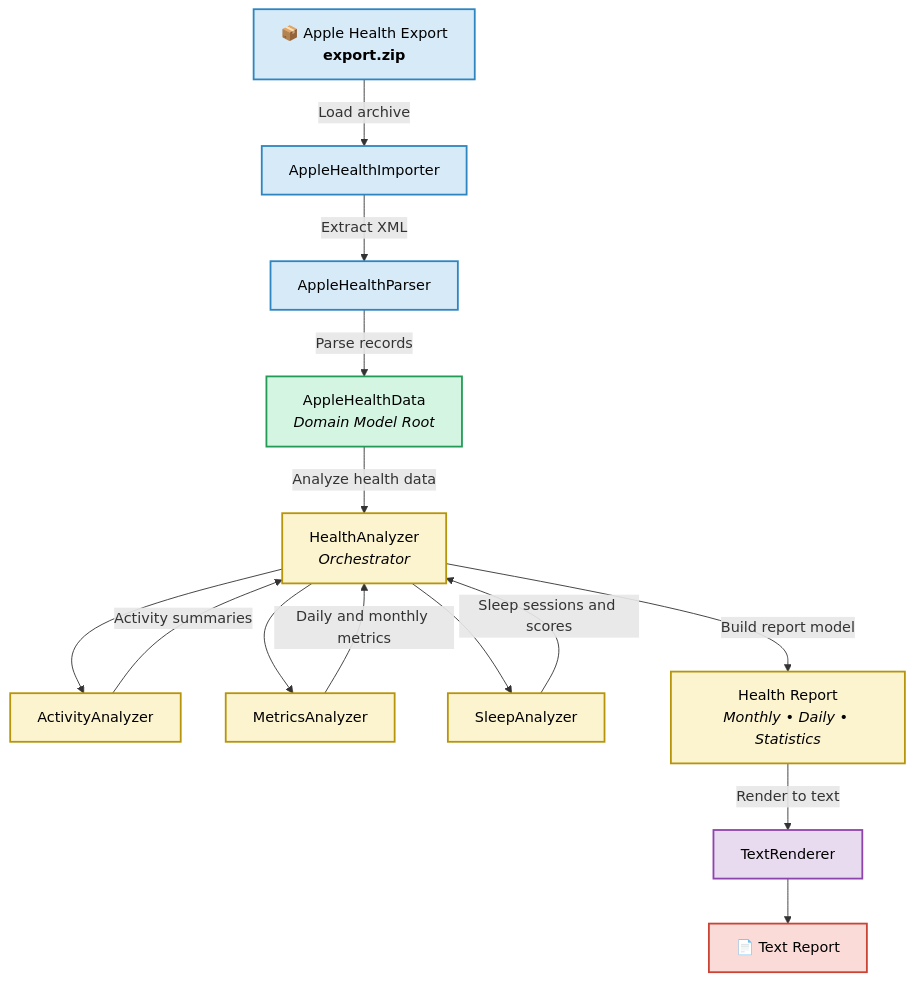
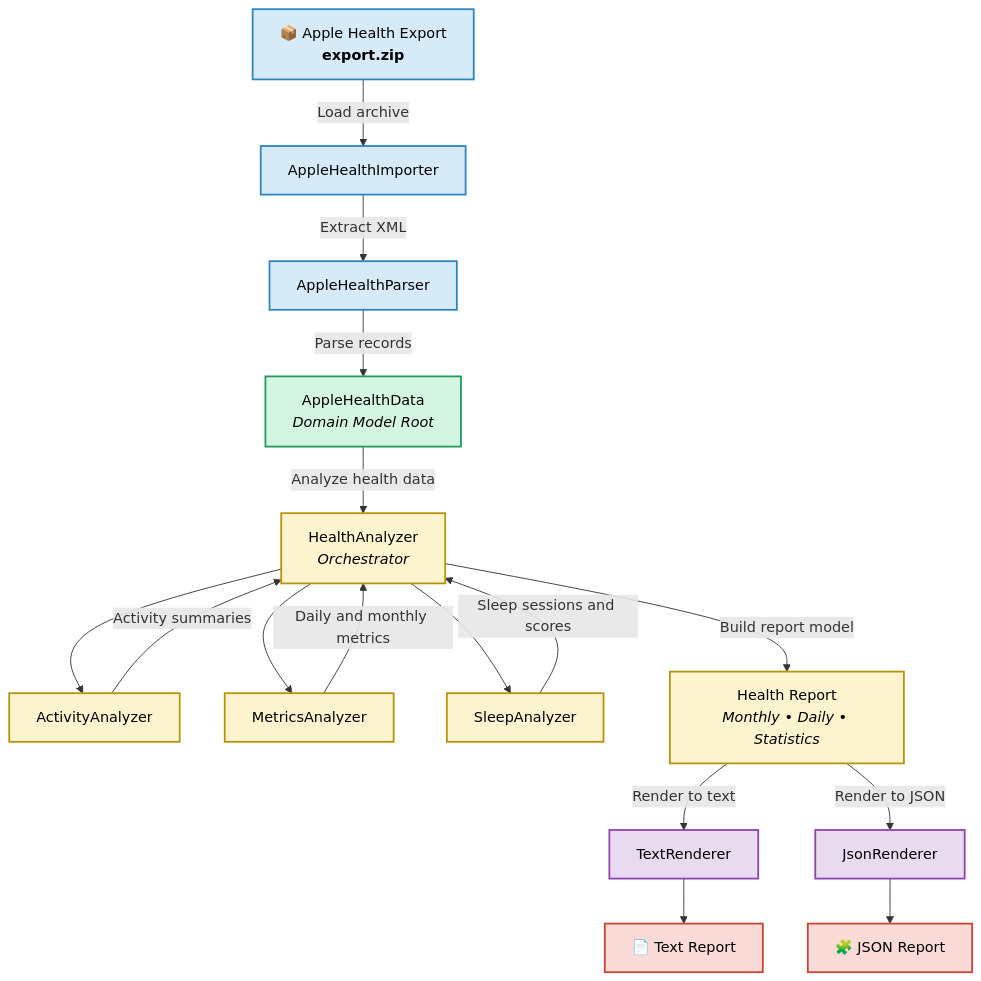
Before and after one commit to MateuszMocarski/AppleHealthMonitorAnalyzer: the first of 4 diagrams in README.md, drawn with Mermaid. The commit also changed other lines of this file and 1 other file, not shown here.

````diff
--- a/README.md
+++ b/README.md
@@ -149,50 +171,54 @@
 ```mermaid
 flowchart TD
 
     A["📦 Apple Health Export<br/><b>export.zip</b>"]
 
     B["AppleHealthImporter"]
     C["AppleHealthParser"]
 
     D["AppleHealthData<br/><i>Domain Model Root</i>"]
 
     E["HealthAnalyzer<br/><i>Orchestrator</i>"]
     EA["ActivityAnalyzer"]
     EM["MetricsAnalyzer"]
     ES["SleepAnalyzer"]
 
     F["Health Report<br/><i>Monthly • Daily • Statistics</i>"]
 
     G["TextRenderer"]
+    GJ["JsonRenderer"]
 
     H["📄 Text Report"]
+    HJ["🧩 JSON Report"]
 
     A -->|"Load archive"| B
     B -->|"Extract XML"| C
     C -->|"Parse records"| D
     D -->|"Analyze health data"| E
 
     E --> EA
     E --> EM
     E --> ES
 
     EA -->|"Activity summaries"| E
     EM -->|"Daily and monthly metrics"| E
     ES -->|"Sleep sessions and scores"| E
 
     E -->|"Build report model"| F
     F -->|"Render to text"| G
+    F -->|"Render to JSON"| GJ
     G --> H
+    GJ --> HJ
 
     classDef import fill:#D6EAF8,stroke:#2E86C1,color:#000,stroke-width:2px;
     classDef domain fill:#D5F5E3,stroke:#239B56,color:#000,stroke-width:2px;
     classDef analysis fill:#FCF3CF,stroke:#B7950B,color:#000,stroke-width:2px;
     classDef presentation fill:#E8DAEF,stroke:#8E44AD,color:#000,stroke-width:2px;
     classDef output fill:#FADBD8,stroke:#CB4335,color:#000,stroke-width:2px;
 
     class A,B,C import;
     class D domain;
     class E,EA,EM,ES,F analysis;
-    class G presentation;
-    class H output;
+    class G,GJ presentation;
+    class H,HJ output;
 ```
````
